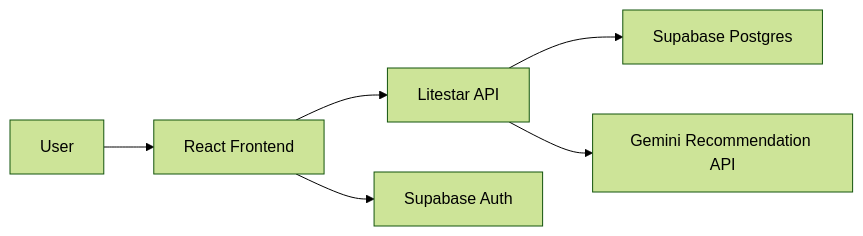
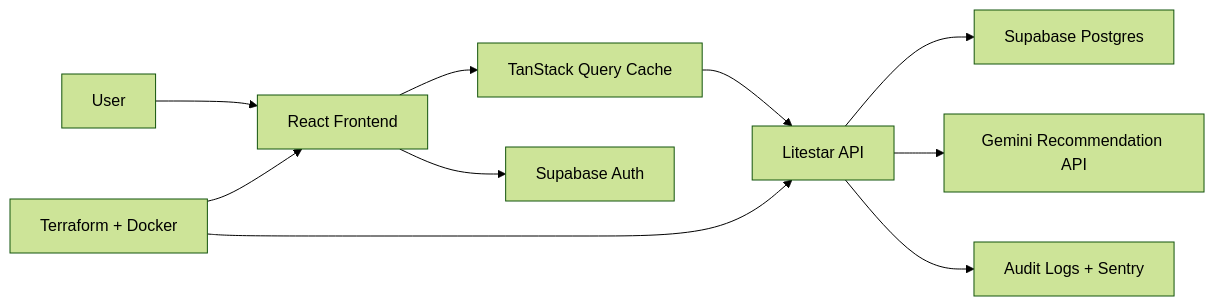
The first of 2 diagrams in docs/architecture.md (Raoof128/Nexus-OS), drawn with Mermaid (forest theme) before and after one commit. The commit also changed other lines of this file and 46 other files, not shown here.

````diff
--- a/docs/architecture.md
+++ b/docs/architecture.md
@@ -7,8 +7,12 @@
 ```mermaid
 flowchart LR
   U["User"] --> F["React Frontend"]
-  F --> A["Litestar API"]
+  F --> Q["TanStack Query Cache"]
+  Q --> A["Litestar API"]
   F --> S["Supabase Auth"]
   A --> D["Supabase Postgres"]
   A --> G["Gemini Recommendation API"]
+  A --> O["Audit Logs + Sentry"]
+  I["Terraform + Docker"] --> A
+  I --> F
 ```
````
